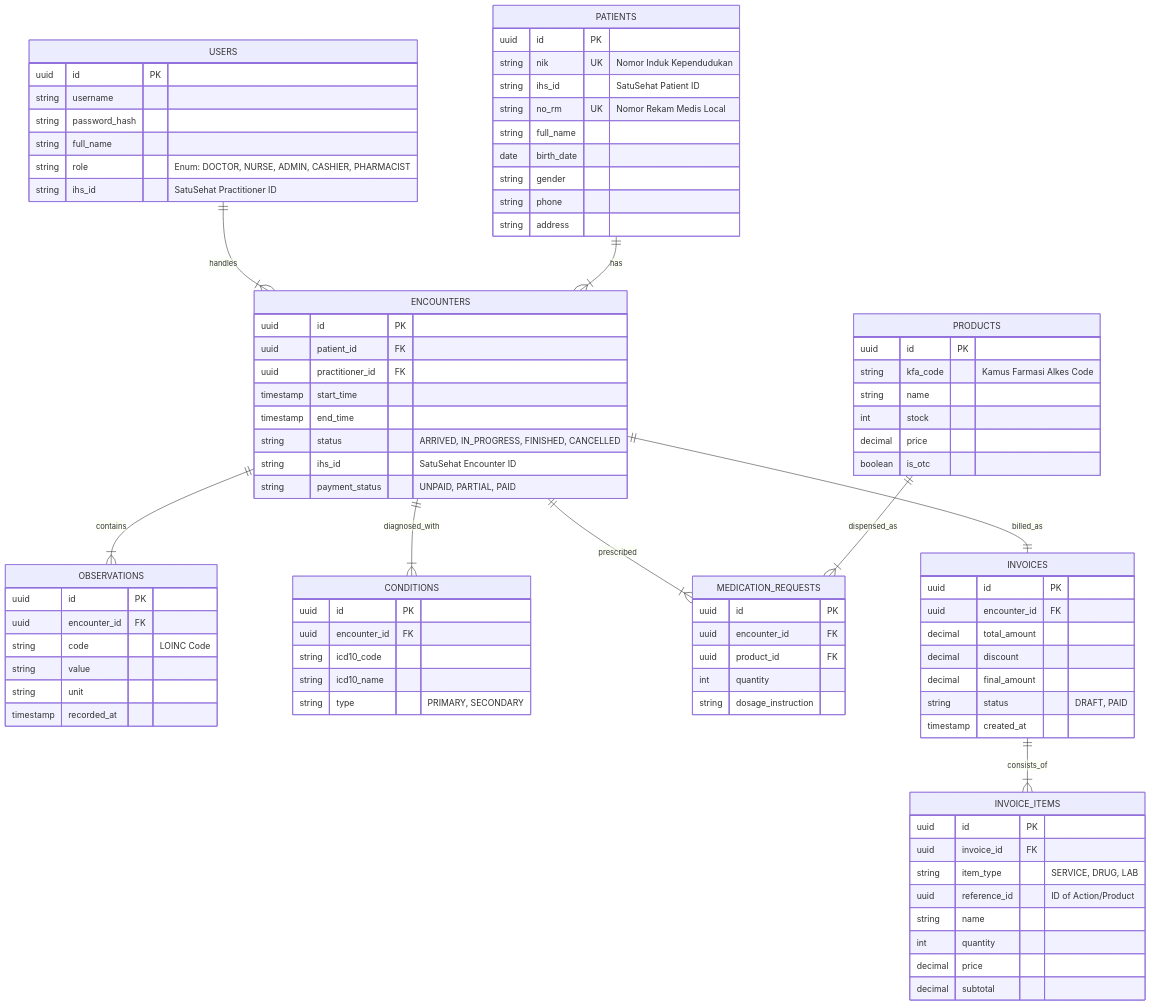
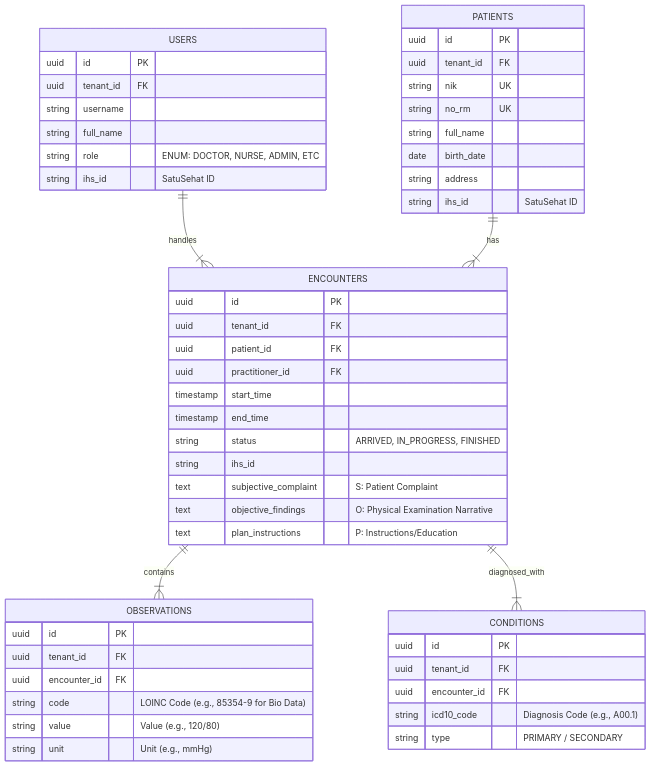
Before and after one commit to primadi/desain-sistem-klinik: the first of 3 diagrams in Application_Design.md, drawn with Mermaid. The commit also changed other lines of this file and 33 other files, not shown here.

````diff
--- a/Application_Design.md
+++ b/Application_Design.md
@@ -103,104 +125,60 @@
 ```mermaid
 erDiagram
-    %% Core Users
     USERS {
         uuid id PK
+        uuid tenant_id FK
         string username
-        string password_hash
         string full_name
-        string role "Enum: DOCTOR, NURSE, ADMIN, CASHIER, PHARMACIST"
-        string ihs_id "SatuSehat Practitioner ID"
+        string role "ENUM: DOCTOR, NURSE, ADMIN, ETC"
+        string ihs_id "SatuSehat ID"
     }
 
-    %% Patient Data
     PATIENTS {
         uuid id PK
-        string nik UK "Nomor Induk Kependudukan"
-        string ihs_id "SatuSehat Patient ID"
-        string no_rm UK "Nomor Rekam Medis Local"
+        uuid tenant_id FK
+        string nik UK
+        string no_rm UK
         string full_name
         date birth_date
-        string gender
-        string phone
         string address
+        string ihs_id "SatuSehat ID"
     }
 
-    %% Clinical Flow
     ENCOUNTERS {
         uuid id PK
+        uuid tenant_id FK
         uuid patient_id FK
         uuid practitioner_id FK
         timestamp start_time
         timestamp end_time
-        string status "ARRIVED, IN_PROGRESS, FINISHED, CANCELLED"
-        string ihs_id "SatuSehat Encounter ID"
-        string payment_status "UNPAID, PARTIAL, PAID"
+        string status "ARRIVED, IN_PROGRESS, FINISHED"
+        string ihs_id
+        text subjective_complaint "S: Patient Complaint"
+        text objective_findings "O: Physical Examination Narrative"
+        text plan_instructions "P: Instructions/Education"
     }
 
     OBSERVATIONS {
+        %% Vital Signs Data & Lab Results - Mandatory for SatuSehat
         uuid id PK
+        uuid tenant_id FK
         uuid encounter_id FK
-        string code "LOINC Code"
-        string value
-        string unit
-        timestamp recorded_at
+        string code "LOINC Code (e.g., 85354-9 for Bio Data)"
+        string value "Value (e.g., 120/80)"
+        string unit "Unit (e.g., mmHg)"
     }
 
     CONDITIONS {
+        %% Diagnosis Data (ICD-10) - Mandatory for SatuSehat
         uuid id PK
+        uuid tenant_id FK
         uuid encounter_id FK
-        string icd10_code
-        string icd10_name
-        string type "PRIMARY, SECONDARY"
+        string icd10_code "Diagnosis Code (e.g., A00.1)"
+        string type "PRIMARY / SECONDARY"
     }
 
-    %% Pharmacy
-    PRODUCTS {
-        uuid id PK
-        string kfa_code "Kamus Farmasi Alkes Code"
-        string name
-        int stock
-        decimal price
-        boolean is_otc
-    }
-
-    MEDICATION_REQUESTS {
-        uuid id PK
-        uuid encounter_id FK
-        uuid product_id FK
-        int quantity
-        string dosage_instruction
-    }
-
-    %% Billing
-    INVOICES {
-        uuid id PK
-        uuid encounter_id FK
-        decimal total_amount
-        decimal discount
-        decimal final_amount
-        string status "DRAFT, PAID"
-        timestamp created_at
-    }
-    
-    INVOICE_ITEMS {
-        uuid id PK
-        uuid invoice_id FK
-        string item_type "SERVICE, DRUG, LAB"
-        uuid reference_id "ID of Action/Product"
-        string name
-        int quantity
-        decimal price
-        decimal subtotal
-    }
-
-    %% Relationships
-    USERS ||--|{ ENCOUNTERS : "handles"
-    PATIENTS ||--|{ ENCOUNTERS : "has"
-    ENCOUNTERS ||--|{ OBSERVATIONS : "contains"
-    ENCOUNTERS ||--|{ CONDITIONS : "diagnosed_with"
-    ENCOUNTERS ||--|{ MEDICATION_REQUESTS : "prescribed"
-    ENCOUNTERS ||--|| INVOICES : "billed_as"
-    PRODUCTS ||--|{ MEDICATION_REQUESTS : "dispensed_as"
-    INVOICES ||--|{ INVOICE_ITEMS : "consists_of"
+    USERS ||--|{ ENCOUNTERS : handles
+    PATIENTS ||--|{ ENCOUNTERS : has
+    ENCOUNTERS ||--|{ OBSERVATIONS : contains
+    ENCOUNTERS ||--|{ CONDITIONS : diagnosed_with
 ```
````
